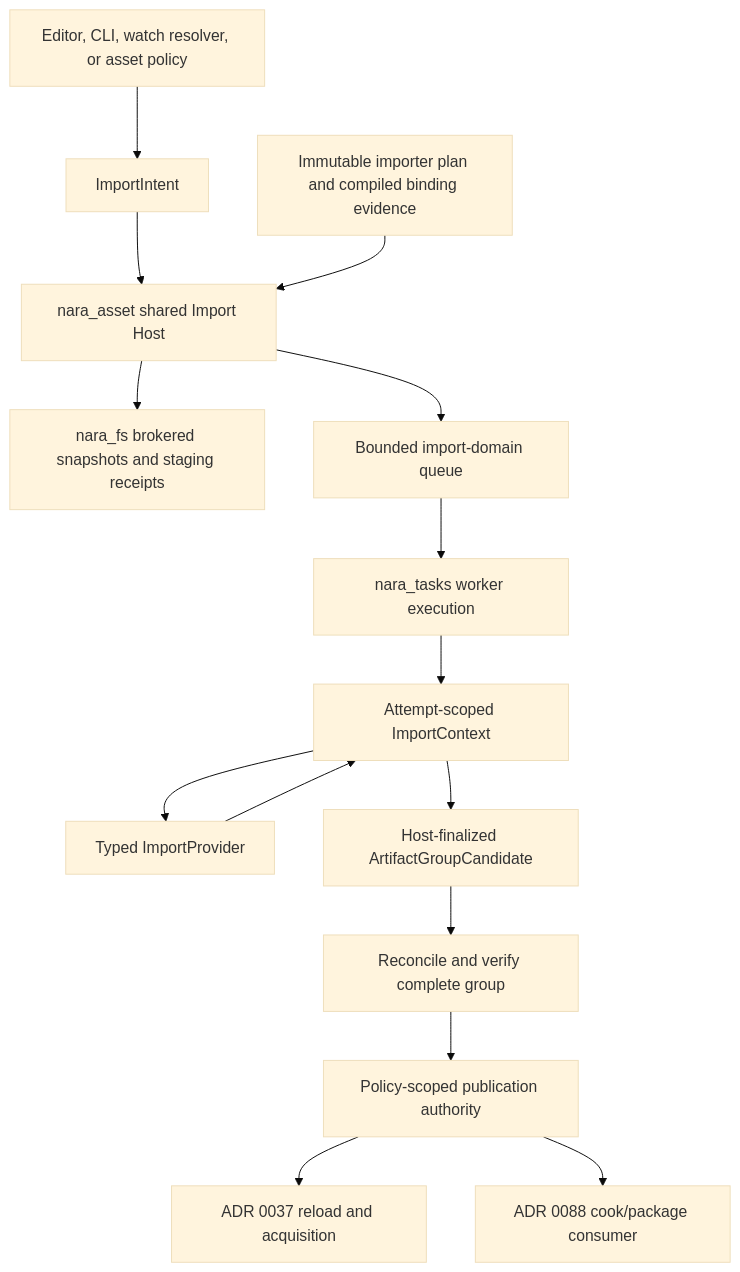
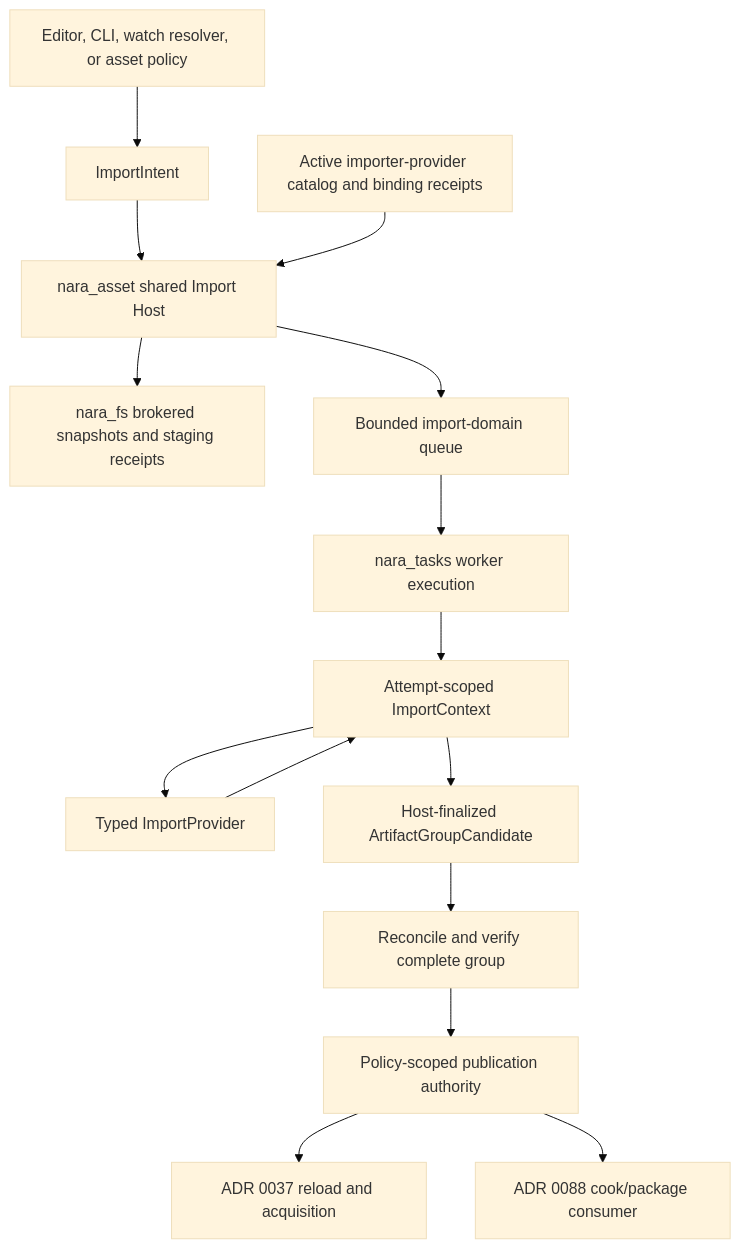
The diagram in docs/architecture/asset-import-host-interface-design.md (Latias94/nara), drawn with Mermaid (base theme) before and after one commit. The commit also changed other lines of this file and 5 other files, not shown here.

First line of the commit message:
docs(architecture): align extension admission and host ownership

````diff
--- a/docs/architecture/asset-import-host-interface-design.md
+++ b/docs/architecture/asset-import-host-interface-design.md
@@ -131,17 +131,17 @@
 ```mermaid
 flowchart TD
     Caller[Editor, CLI, watch resolver, or asset policy] --> Intent[ImportIntent]
     Intent --> Host[nara_asset shared Import Host]
-    Catalog[Immutable importer plan and compiled binding evidence] --> Host
+    Catalog[Active importer-provider catalog and binding receipts] --> Host
     Host --> FS[nara_fs brokered snapshots and staging receipts]
     Host --> Queue[Bounded import-domain queue]
     Queue --> Tasks[nara_tasks worker execution]
     Tasks --> Context[Attempt-scoped ImportContext]
     Context --> Provider[Typed ImportProvider]
     Provider --> Context
     Context --> Candidate[Host-finalized ArtifactGroupCandidate]
     Candidate --> Verify[Reconcile and verify complete group]
     Verify --> Publish[Policy-scoped publication authority]
     Publish --> Runtime[ADR 0037 reload and acquisition]
     Publish --> Cook[ADR 0088 cook/package consumer]
 ```
````
